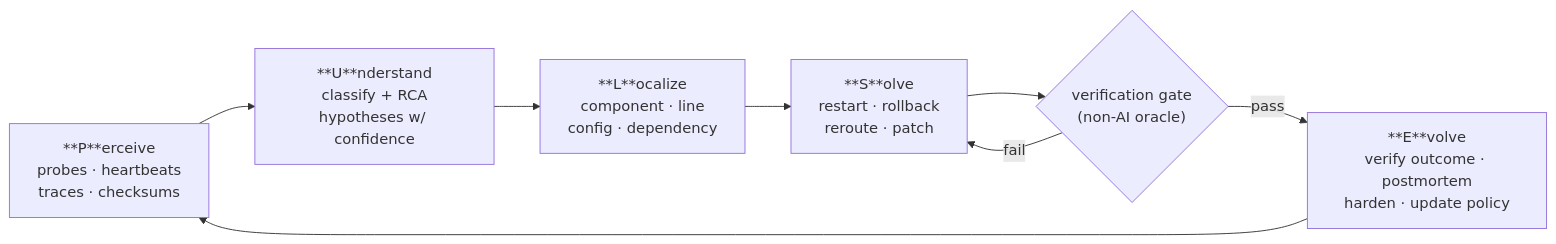
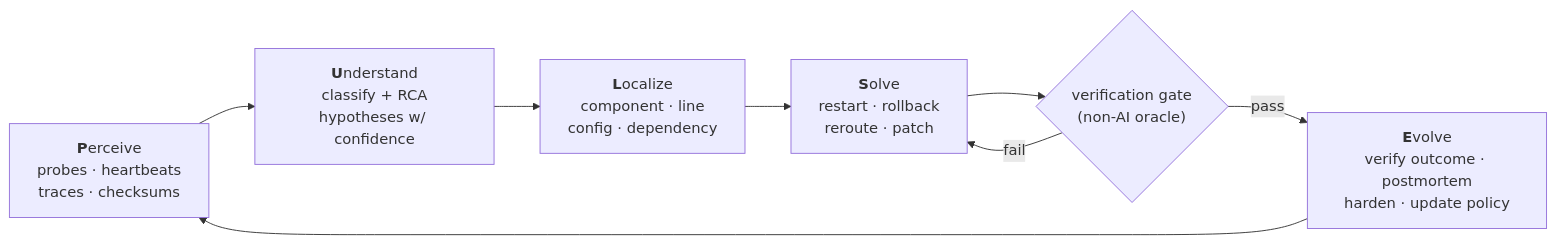
One commit to seolith-llc/lks-shs changed the first of 2 diagrams in docs/posts/04-the-pulse-framework.md. Above: the diagram before and after it, drawn with Mermaid. The commit also changed 5 other files, not shown here.

Commit message:
feat(#Step010): publication site — stdlib generator, mermaid markdown-string label fix in post 04, stage verified live/200 (deploy awaiting user go)

````diff
--- a/docs/posts/04-the-pulse-framework.md
+++ b/docs/posts/04-the-pulse-framework.md
@@ -10,10 +10,10 @@
 ```mermaid
 flowchart LR
-    P["**P**erceive<br/>probes · heartbeats<br/>traces · checksums"] --> U["**U**nderstand<br/>classify + RCA<br/>hypotheses w/ confidence"]
-    U --> L["**L**ocalize<br/>component · line<br/>config · dependency"]
-    L --> S["**S**olve<br/>restart · rollback<br/>reroute · patch"]
+    P["`**P**erceive<br/>probes · heartbeats<br/>traces · checksums`"] --> U["`**U**nderstand<br/>classify + RCA<br/>hypotheses w/ confidence`"]
+    U --> L["`**L**ocalize<br/>component · line<br/>config · dependency`"]
+    L --> S["`**S**olve<br/>restart · rollback<br/>reroute · patch`"]
     S --> G{"verification gate<br/>(non-AI oracle)"}
-    G -->|"pass"| E["**E**volve<br/>verify outcome · postmortem<br/>harden · update policy"]
+    G -->|"pass"| E["`**E**volve<br/>verify outcome · postmortem<br/>harden · update policy`"]
     G -->|"fail"| S
     E --> P
 ```
````
